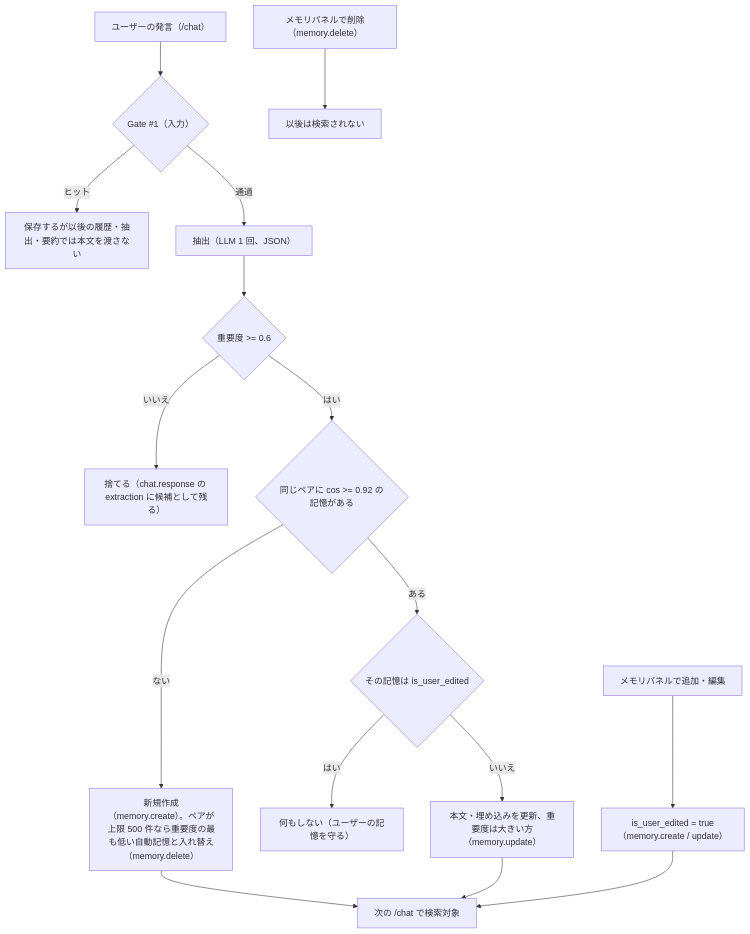
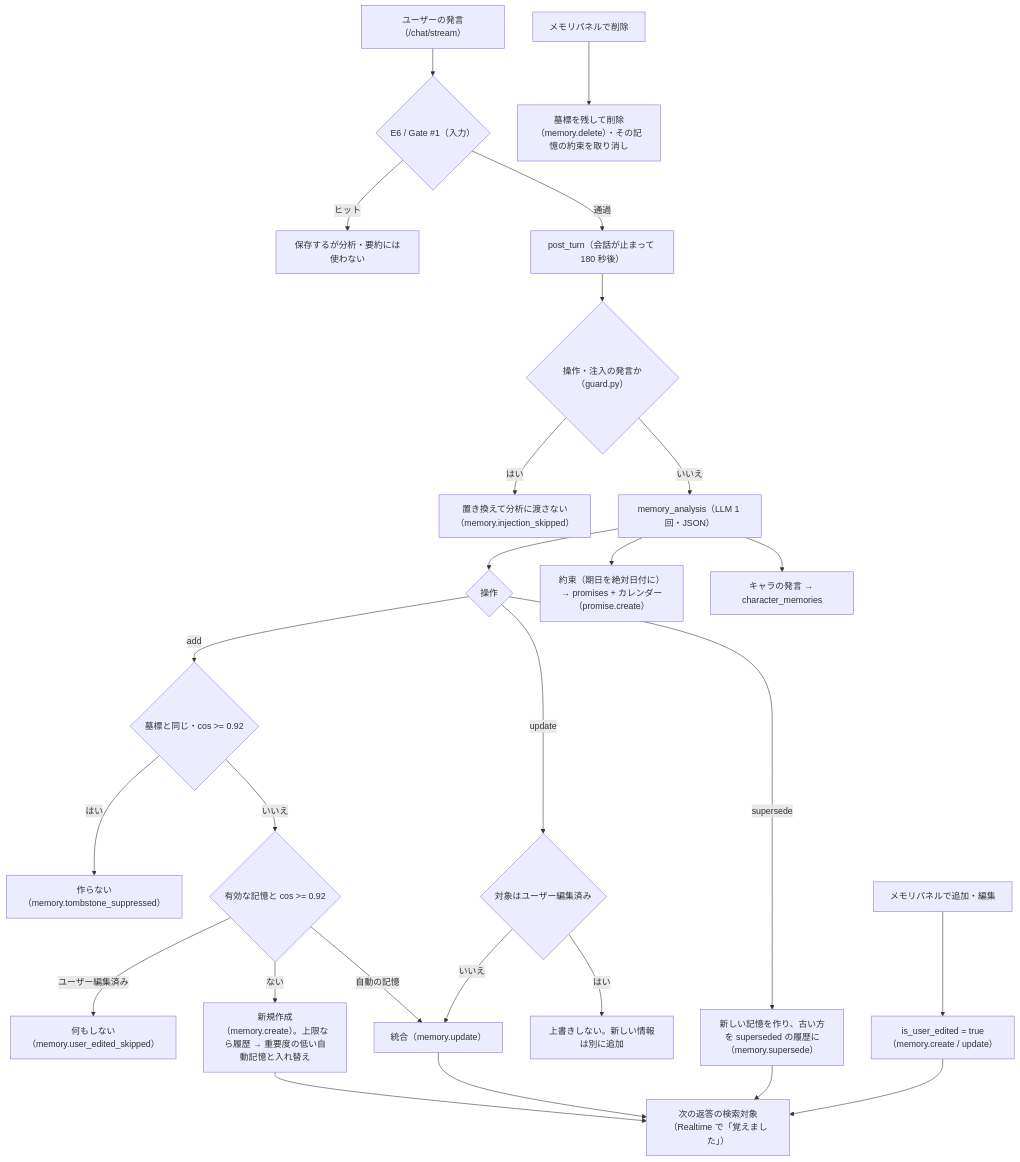
The diagram in docs/handover/05-memory-and-moderation.md (tasuku-kobayashi/everkano), drawn with Mermaid before and after one commit. The commit also changed other lines of this file and 95 other files, not shown here.

````diff
--- a/docs/handover/05-memory-and-moderation.md
+++ b/docs/handover/05-memory-and-moderation.md
@@ -64,18 +70,28 @@
 ```mermaid
 flowchart TD
-  M["ユーザーの発言（/chat）"] --> X{"Gate #1（入力）"}
-  X -- ヒット --> S1["保存するが以後の履歴・抽出・要約では本文を渡さない"]
-  X -- 通過 --> E["抽出（LLM 1 回、JSON）"]
-  E --> T{"重要度 >= 0.6"}
-  T -- いいえ --> D1["捨てる（chat.response の extraction に候補として残る）"]
-  T -- はい --> N{"同じペアに cos >= 0.92 の記憶がある"}
-  N -- ない --> C["新規作成（memory.create）。ペアが上限 500 件なら重要度の最も低い自動記憶と入れ替え（memory.delete）"]
-  N -- ある --> U{"その記憶は is_user_edited"}
-  U -- はい --> K["何もしない（ユーザーの記憶を守る）"]
-  U -- いいえ --> UP["本文・埋め込みを更新、重要度は大きい方（memory.update）"]
-  P["メモリパネルで追加・編集"] --> UE["is_user_edited = true（memory.create / update）"]
-  C --> R["次の /chat で検索対象"]
+  M["ユーザーの発言（/chat/stream）"] --> X{"E6 / Gate #1（入力）"}
+  X -- ヒット --> S1["保存するが分析・要約には使わない"]
+  X -- 通過 --> J["post_turn（会話が止まって 180 秒後）"]
+  J --> G{"操作・注入の発言か（guard.py）"}
+  G -- はい --> GS["置き換えて分析に渡さない（memory.injection_skipped）"]
+  G -- いいえ --> A["memory_analysis（LLM 1 回・JSON）"]
+  A --> OP{"操作"}
+  OP -- add --> TB{"墓標と同じ・cos >= 0.92"}
+  TB -- はい --> SUP["作らない（memory.tombstone_suppressed）"]
+  TB -- いいえ --> DUP{"有効な記憶と cos >= 0.92"}
+  DUP -- "ユーザー編集済み" --> K["何もしない（memory.user_edited_skipped）"]
+  DUP -- "自動の記憶" --> UP["統合（memory.update）"]
+  DUP -- ない --> C["新規作成（memory.create）。上限なら履歴 → 重要度の低い自動記憶と入れ替え"]
+  OP -- update --> UE{"対象はユーザー編集済み"}
+  UE -- はい --> K2["上書きしない。新しい情報は別に追加"]
+  UE -- いいえ --> UP
+  OP -- supersede --> SS["新しい記憶を作り、古い方を superseded の履歴に（memory.supersede）"]
+  A --> PR["約束（期日を絶対日付に）→ promises + カレンダー（promise.create）"]
+  A --> CS["キャラの発言 → character_memories"]
+  P["メモリパネルで追加・編集"] --> UE2["is_user_edited = true（memory.create / update）"]
+  DEL["メモリパネルで削除"] --> TOMB["墓標を残して削除（memory.delete）・その記憶の約束を取り消し"]
+  C --> R["次の返答の検索対象（Realtime で「覚えました」）"]
   UP --> R
-  UE --> R
-  DEL["メモリパネルで削除（memory.delete）"] --> GONE["以後は検索されない"]
+  SS --> R
+  UE2 --> R
 ```
````
